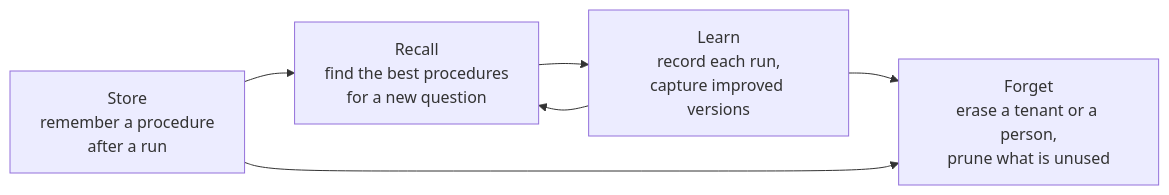
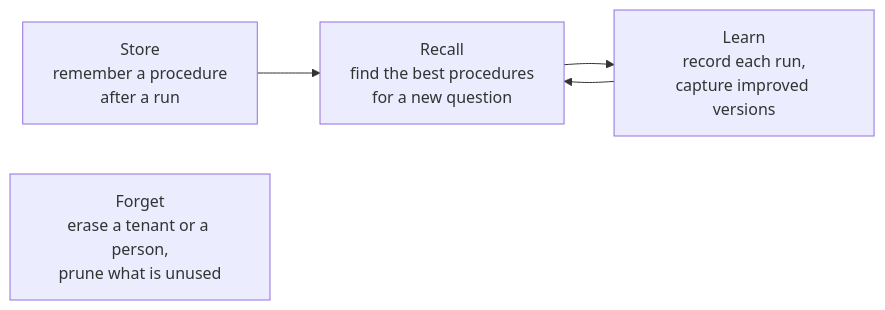
Before and after one commit to MarcelRoozekrans/Mnemosyne.NET: the diagram in docs/index.md, drawn with Mermaid. The commit also changed other lines of this file and 4 other files, not shown here.

````diff
--- a/docs/index.md
+++ b/docs/index.md
@@ -37,10 +37,8 @@
 ```mermaid
 flowchart LR
     store["Store<br/>remember a procedure<br/>after a run"]
     recall["Recall<br/>find the best procedures<br/>for a new question"]
     learn["Learn<br/>record each run,<br/>capture improved versions"]
     forget["Forget<br/>erase a tenant or a person,<br/>prune what is unused"]
     store --> recall --> learn --> recall
-    learn --> forget
-    store --> forget
 ```
````
